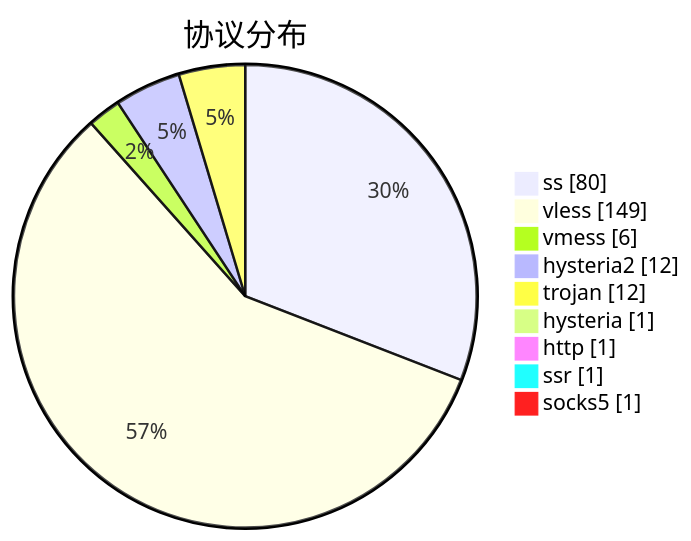
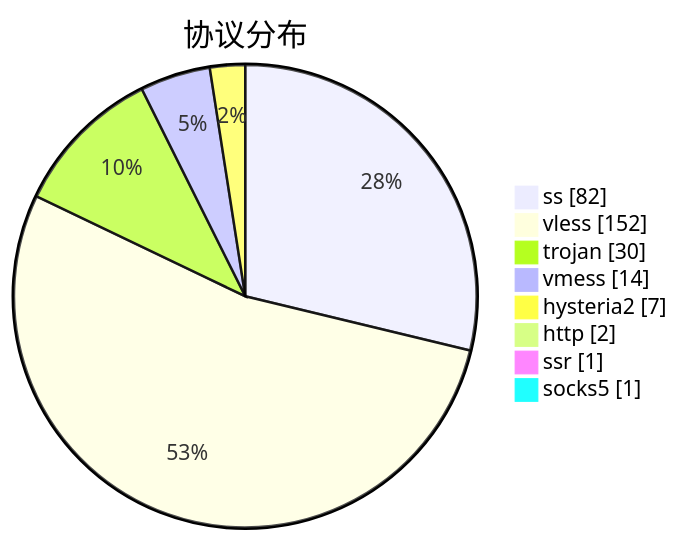
Before and after one commit to sinspired/airport: the third of 3 diagrams in subs/statistics/tested_within.md, drawn with Mermaid. The commit also changed other lines of this file and 2 other files, not shown here.

````diff
--- a/subs/statistics/tested_within.md
+++ b/subs/statistics/tested_within.md
@@ -40,13 +40,12 @@
 ```mermaid
 pie showData
 title 协议分布
-"ss" : 80
-"vless" : 149
-"vmess" : 6
-"hysteria2" : 12
-"trojan" : 12
-"hysteria" : 1
-"http" : 1
+"ss" : 82
+"vless" : 152
+"trojan" : 30
+"vmess" : 14
+"hysteria2" : 7
+"http" : 2
 "ssr" : 1
 "socks5" : 1
 ```
````
